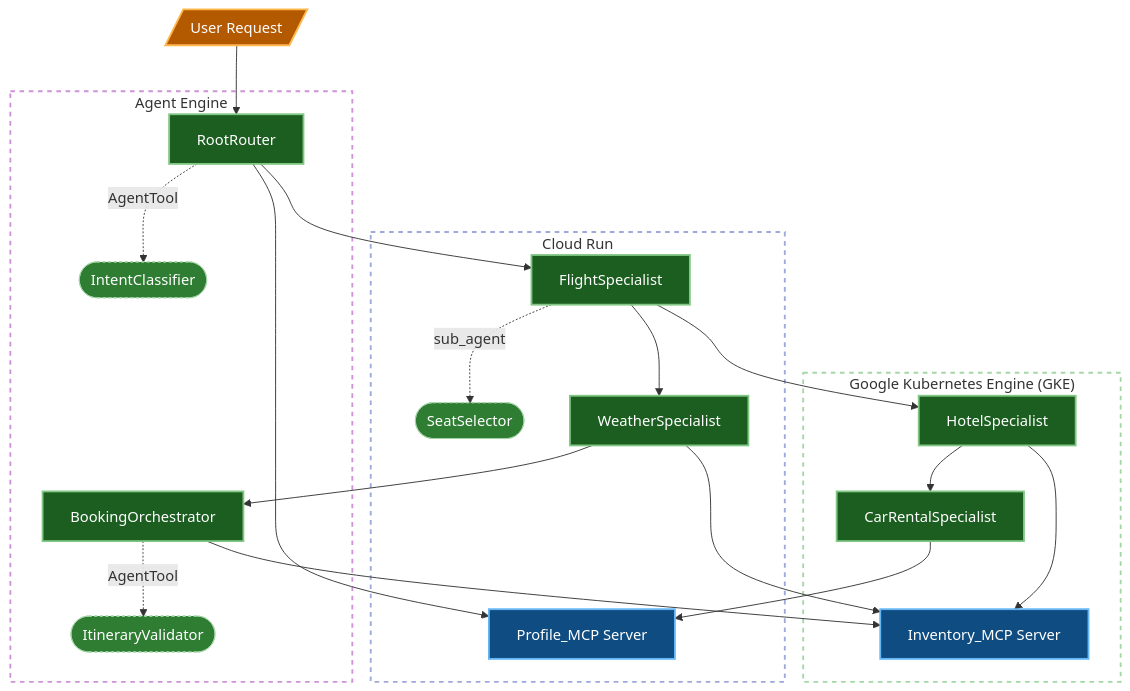
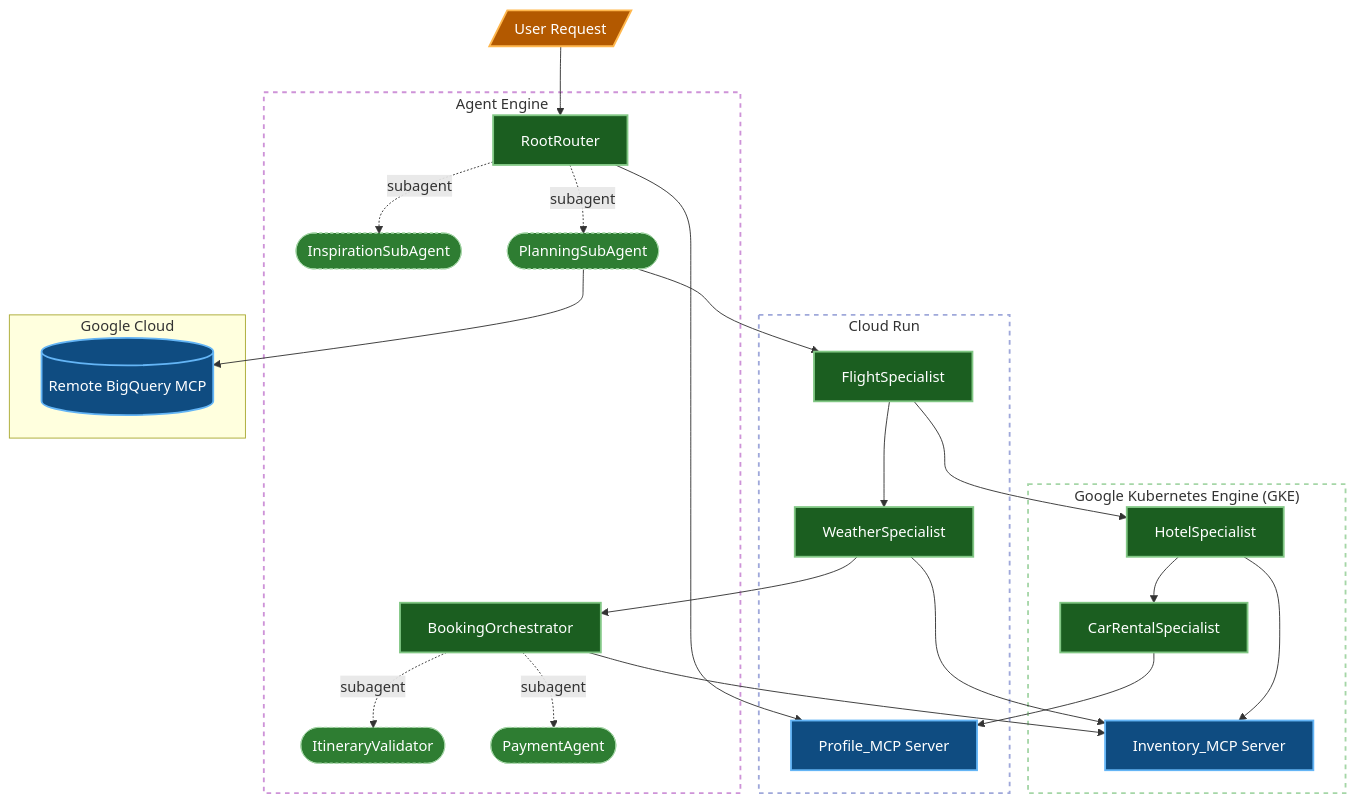
The first of 3 diagrams in README.md (srtux/agent-testbed), drawn with Mermaid before and after one commit. The commit also changed other lines of this file and 39 other files, not shown here.

````diff
--- a/README.md
+++ b/README.md
@@ -38,55 +40,61 @@
 ```mermaid
 graph TD
     %% Define Classes
     classDef agent fill:#1b5e20,stroke:#81c784,stroke-width:2px,color:#ffffff;
     classDef subagent fill:#2e7d32,stroke:#a5d6a7,stroke-width:1px,color:#ffffff,stroke-dasharray: 3 3;
     classDef mcp fill:#0f4c81,stroke:#64b5f6,stroke-width:2px,color:#ffffff;
     classDef user fill:#b35900,stroke:#ffb74d,stroke-width:2px,color:#ffffff;
-    classDef tool fill:#4a148c,stroke:#ce93d8,stroke-width:1px,color:#ffffff,font-size:10px;
 
-    %% Environments
     subgraph AgentEngineEnv["Agent Engine"]
         RootRouter[RootRouter]:::agent
-        IntentClassifier([IntentClassifier]):::subagent
-        RootRouter -.->|AgentTool| IntentClassifier
+        Inspiration([InspirationSubAgent]):::subagent
+        Planning([PlanningSubAgent]):::subagent
         BookingOrchestrator[BookingOrchestrator]:::agent
         ItineraryValidator([ItineraryValidator]):::subagent
-        BookingOrchestrator -.->|AgentTool| ItineraryValidator
+        PaymentAgent([PaymentAgent]):::subagent
+        
+        RootRouter -.->|subagent| Inspiration
+        RootRouter -.->|subagent| Planning
+        BookingOrchestrator -.->|subagent| ItineraryValidator
+        BookingOrchestrator -.->|subagent| PaymentAgent
     end
     style AgentEngineEnv fill:transparent,stroke:#ce93d8,stroke-width:2px,stroke-dasharray: 5 5
 
     subgraph CloudRunEnv["Cloud Run"]
         FlightSpecialist[FlightSpecialist]:::agent
-        SeatSelector([SeatSelector]):::subagent
-        FlightSpecialist -.->|sub_agent| SeatSelector
         WeatherSpecialist[WeatherSpecialist]:::agent
         ProfileMCP[Profile_MCP Server]:::mcp
     end
     style CloudRunEnv fill:transparent,stroke:#9fa8da,stroke-width:2px,stroke-dasharray: 5 5
 
     subgraph GKEEnv["Google Kubernetes Engine (GKE)"]
         Hotel[HotelSpecialist]:::agent
         Car[CarRentalSpecialist]:::agent
         InvMCP[Inventory_MCP Server]:::mcp
     end
     style GKEEnv fill:transparent,stroke:#a5d6a7,stroke-width:2px,stroke-dasharray: 5 5
 
+    subgraph GoogleMCP["Google Cloud"]
+        RemoteBQ[(Remote BigQuery MCP)]:::mcp
+    end
+
     %% Dependencies / Call Hierarchy
     User[/User Request/]:::user --> RootRouter
 
     RootRouter --> ProfileMCP
-    RootRouter --> FlightSpecialist
+    Planning --> RemoteBQ
+    Planning --> FlightSpecialist
 
     FlightSpecialist --> Hotel
     FlightSpecialist --> WeatherSpecialist
 
     Hotel --> InvMCP
     Hotel --> Car
 
     Car --> ProfileMCP
 
     WeatherSpecialist --> InvMCP
     WeatherSpecialist --> BookingOrchestrator
 
     BookingOrchestrator --> InvMCP
 ```
````
